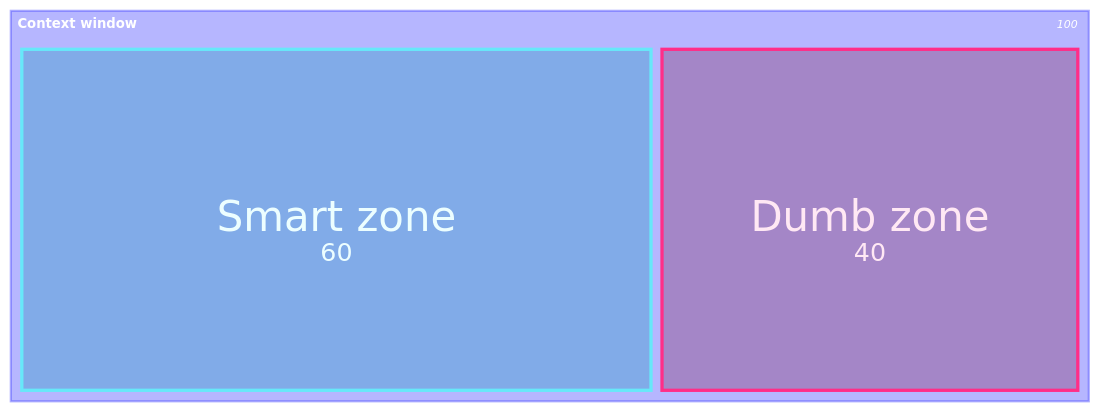
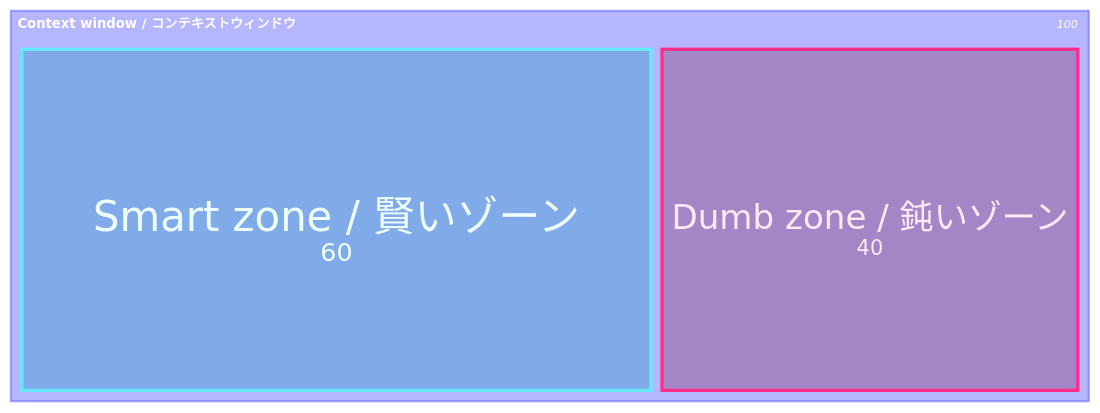
The first of 6 diagrams in src/content/playbook/ja/context-engineering.md (theomonfort/theomonfort), drawn with Mermaid before and after one commit. The commit also changed other lines of this file and 1 other file, not shown here.

````diff
--- a/src/content/playbook/ja/context-engineering.md
+++ b/src/content/playbook/ja/context-engineering.md
@@ -41,8 +41,8 @@
 ```mermaid
 treemap-beta
-"Context window"
-  "Smart zone": 60:::smart
-  "Dumb zone": 40:::dumb
+"Context window / コンテキストウィンドウ"
+  "Smart zone / 賢いゾーン": 60:::smart
+  "Dumb zone / 鈍いゾーン": 40:::dumb
 classDef smart fill:#0891b2,stroke:#67e8f9,color:#ecfeff
 classDef dumb fill:#7a1748,stroke:#ff2e88,color:#ffe8f4
 ```
````
